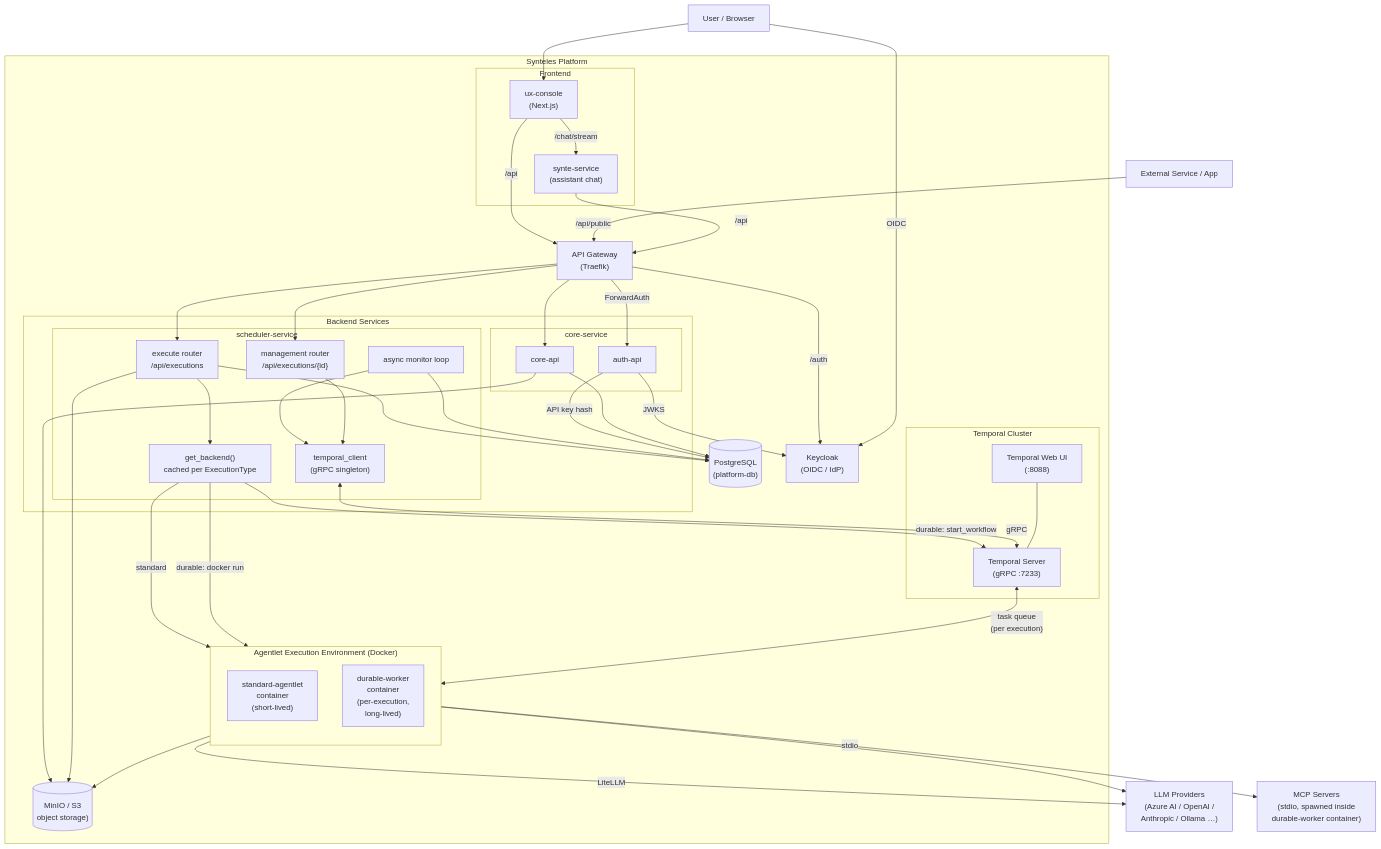
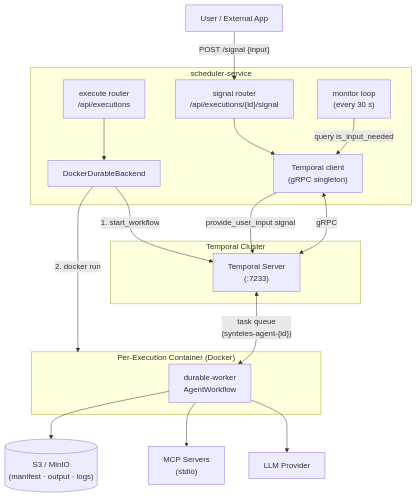
The first of 2 diagrams in docs/durable-execution.md (Synteles/synteles), drawn with Mermaid before and after one commit. The commit also changed other lines of this file and 15 other files, not shown here.

First line of the commit message:
Refactor Docker backend and update agentlet image references

````diff
--- a/docs/durable-execution.md
+++ b/docs/durable-execution.md
@@ -26,80 +31,37 @@
 ```mermaid
 graph TB
-    User["User / Browser"]
-    Service["External Service / App"]
+    User["User / External App"]
 
-    subgraph Stack["Synteles Platform"]
-
-        subgraph Frontend["Frontend"]
-            UX["ux-console\n(Next.js)"]
-            Synte["synte-service\n(assistant chat)"]
-        end
-
-        Traefik["API Gateway\n(Traefik)"]
-
-        subgraph Backend["Backend Services"]
-            subgraph Core["core-service"]
-                CoreAPI["core-api"]
-                AuthAPI["auth-api"]
-            end
-            subgraph Sched["scheduler-service"]
-                ExecRouter["execute router\n/api/executions"]
-                MgmtRouter["management router\n/api/executions/{id}"]
-                Monitor["async monitor loop"]
-                TClient["temporal_client\n(gRPC singleton)"]
-                BackendFactory["get_backend()\ncached per ExecutionType"]
-            end
-        end
-
-        PG[("PostgreSQL\n(platform-db)")]
-        Minio[("MinIO / S3\nobject storage)")]
-        KC["Keycloak\n(OIDC / IdP)"]
-
-        subgraph Temporal["Temporal Cluster"]
-            TServer["Temporal Server\n(gRPC :7233)"]
-            TUI["Temporal Web UI\n(:8088)"]
-        end
-
-        subgraph Execution["Agentlet Execution Environment (Docker)"]
-            direction TB
-            StdContainer["standard-agentlet\ncontainer\n(short-lived)"]
-            DurContainer["durable-worker\ncontainer\n(per-execution,\nlong-lived)"]
-        end
-
+    subgraph Scheduler["scheduler-service"]
+        ExecRouter["execute router\n/api/executions"]
+        SigRouter["signal router\n/api/executions/{id}/signal"]
+        Monitor["monitor loop\n(every 30 s)"]
+        DurableBackend["DockerDurableBackend"]
+        TClient["Temporal client\n(gRPC singleton)"]
     end
 
-    LLM["LLM Providers\n(Azure AI / OpenAI /\nAnthropic / Ollama …)"]
-    MCPServers["MCP Servers\n(stdio, spawned inside\ndurable-worker container)"]
+    subgraph TemporalCluster["Temporal Cluster"]
+        TServer["Temporal Server\n(:7233)"]
+    end
 
-    User --> UX
-    UX -->|"/api"| Traefik
-    UX -->|"/chat/stream"| Synte
-    Service -->|"/api/public"| Traefik
-    Traefik --> CoreAPI
-    Traefik --> ExecRouter
-    Traefik --> MgmtRouter
-    Traefik -->|"ForwardAuth"| AuthAPI
-    Traefik -->|"/auth"| KC
-    AuthAPI -->|"JWKS"| KC
-    AuthAPI -->|"API key hash"| PG
-    Synte -->|"/api"| Traefik
-    CoreAPI --> PG
-    CoreAPI --> Minio
-    ExecRouter --> PG
-    ExecRouter --> Minio
-    ExecRouter --> BackendFactory
-    BackendFactory -->|"standard"| StdContainer
-    BackendFactory -->|"durable: start_workflow"| TServer
-    BackendFactory -->|"durable: docker run"| DurContainer
-    Monitor --> PG
-    Monitor --> TClient
+    subgraph Container["Per-Execution Container (Docker)"]
+        Worker["durable-worker\nAgentWorkflow"]
+    end
+
+    S3[("S3 / MinIO\n(manifest · output · logs)")]
+    LLM["LLM Provider"]
+    MCP["MCP Servers\n(stdio)"]
+
+    User -->|"POST /signal {input}"| SigRouter
+    ExecRouter --> DurableBackend
+    DurableBackend -->|"1. start_workflow"| TServer
+    DurableBackend -->|"2. docker run"| Container
+    Monitor -->|"query is_input_needed"| TClient
     TClient <-->|"gRPC"| TServer
-    MgmtRouter --> TClient
-    TServer <-->|"task queue\n(per execution)"| DurContainer
-    DurContainer -->|"LiteLLM"| LLM
-    DurContainer -->|"stdio"| MCPServers
-    DurContainer --> Minio
-    StdContainer --> LLM
-    User -->|"OIDC"| KC
-    TUI --- TServer
+    SigRouter --> TClient
+    TClient -->|"provide_user_input signal"| TServer
+    TServer <-->|"task queue\n(synteles-agent-{id})"| Worker
+    Worker --> LLM
+    Worker --> MCP
+    Worker --> S3
 ```
````
